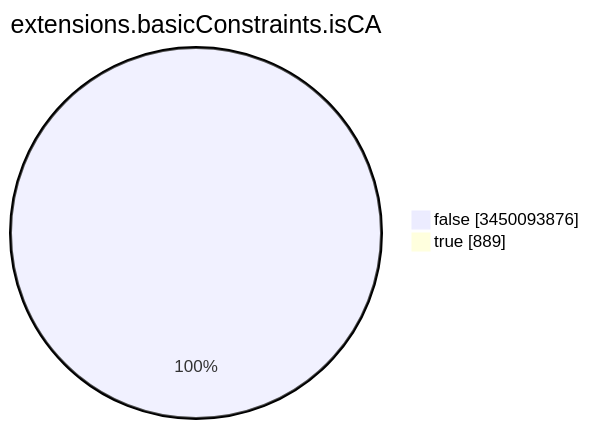
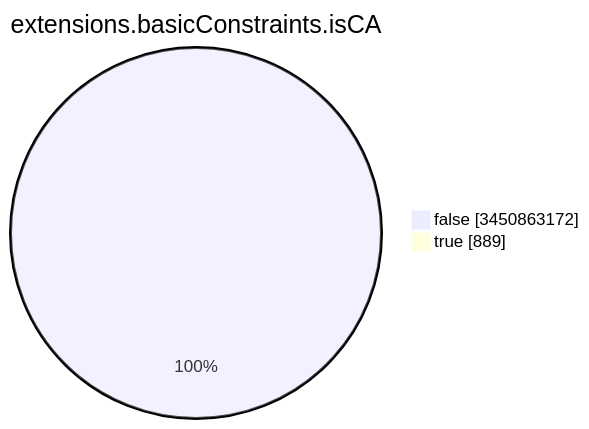
Before and after one commit to christiankrug/ctmonitor_visualization: the seventh of 15 diagrams in TOTAL/README.md, drawn with Mermaid. The commit also changed other lines of this file, not shown here.

````diff
--- a/TOTAL/README.md
+++ b/TOTAL/README.md
@@ -3092,6 +3092,6 @@
 ```mermaid
 pie showData
 title extensions.basicConstraints.isCA
-"false" :3450093876
+"false" :3450863172
 "true" :889
 ```
````
